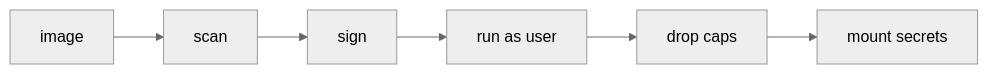
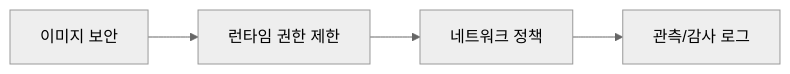
Before and after one commit to yeongseon-books/book-content: the diagram in docs/ko/containers-101/08-container-security.md, drawn with Mermaid (neutral theme). The commit also changed other lines of this file and 4143 other files, not shown here.

````diff
--- a/docs/ko/containers-101/08-container-security.md
+++ b/docs/ko/containers-101/08-container-security.md
@@ -33,8 +437,6 @@
 ```mermaid
 flowchart LR
-    Image["image"] --> Scan["scan"]
-    Scan --> Sign["sign"]
-    Sign --> Run["run as user"]
-    Run --> Caps["drop caps"]
-    Caps --> Secrets["mount secrets"]
+    I["이미지 보안"] --> R["런타임 권한 제한"]
+    R --> N["네트워크 정책"]
+    N --> O["관측/감사 로그"]
 ```
````
